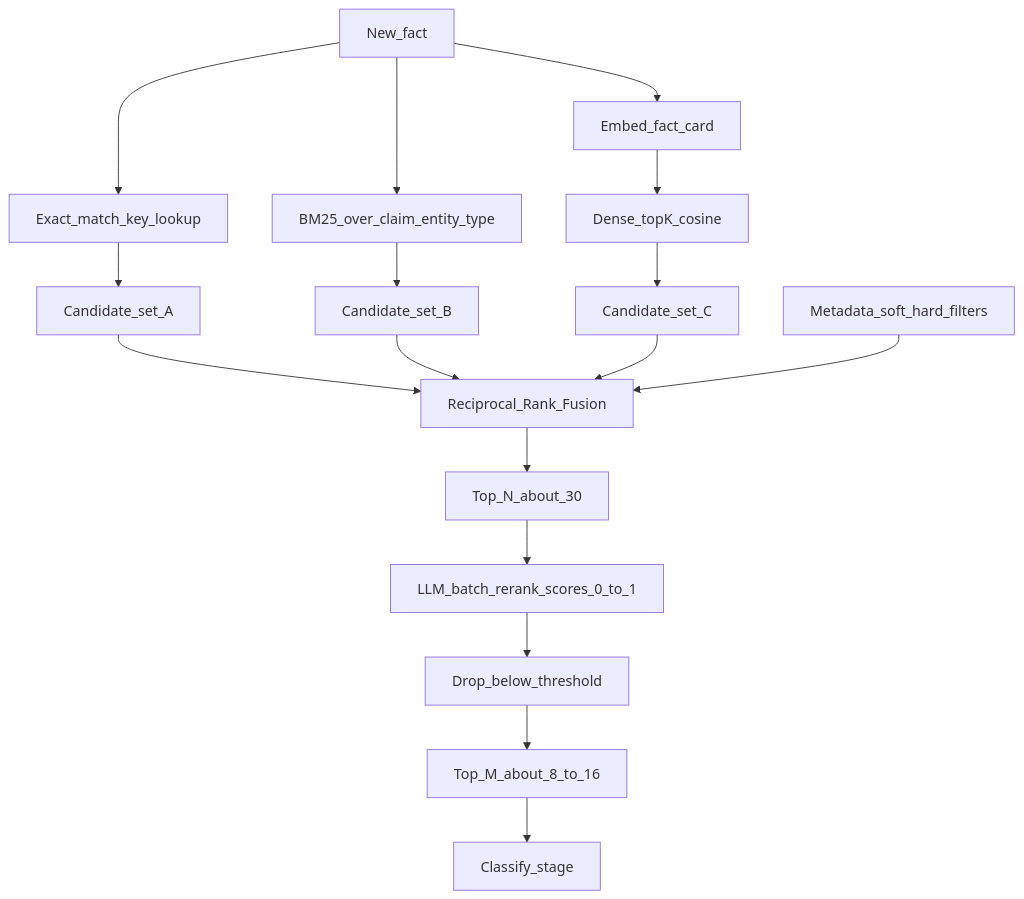
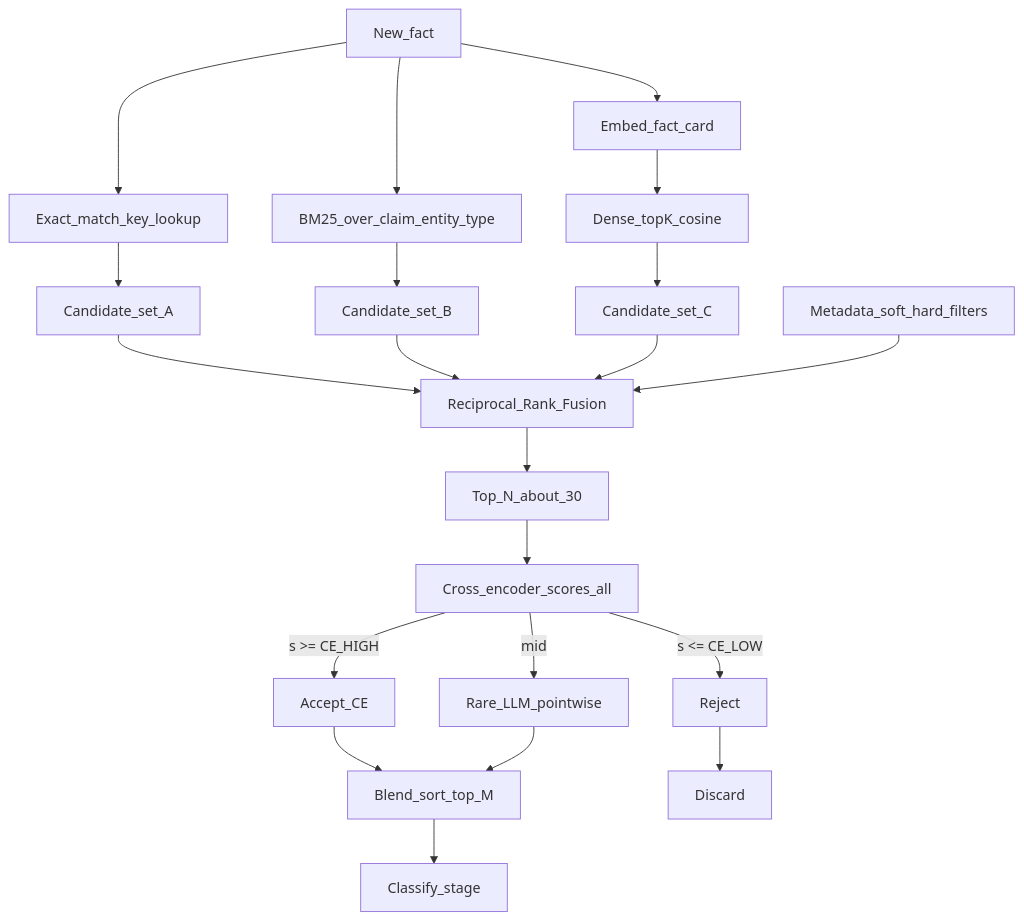
One commit to PrasannaPal21/superjoin-assignement changed the sixth of 10 diagrams in docs/RAG_ARCHITECTURE.md. Above: the diagram before and after it, drawn with Mermaid. The commit also changed other lines of this file and 14 other files, not shown here.

Commit message:
feat(rerank):Add cascade CE rerank with rare LLM mid-band before classify.

````diff
--- a/docs/RAG_ARCHITECTURE.md
+++ b/docs/RAG_ARCHITECTURE.md
@@ -248,22 +248,26 @@
 ```mermaid
 flowchart TD
   NF[New_fact] --> CardQ[Embed_fact_card]
   NF --> MK[Exact_match_key_lookup]
   NF --> BM[BM25_over_claim_entity_type]
   CardQ --> ANN[Dense_topK_cosine]
 
   MK --> C1[Candidate_set_A]
   BM --> C2[Candidate_set_B]
   ANN --> C3[Candidate_set_C]
 
   C1 --> RRF[Reciprocal_Rank_Fusion]
   C2 --> RRF
   C3 --> RRF
   Meta[Metadata_soft_hard_filters] --> RRF
 
   RRF --> TopN[Top_N_about_30]
-  TopN --> RR[LLM_batch_rerank_scores_0_to_1]
-  RR --> Cut[Drop_below_threshold]
-  Cut --> TopM[Top_M_about_8_to_16]
-  TopM --> Cls[Classify_stage]
+  TopN --> CE[Cross_encoder_scores_all]
+  CE -->|s >= CE_HIGH| Keep[Accept_CE]
+  CE -->|s <= CE_LOW| Drop[Reject]
+  CE -->|mid| LLM[Rare_LLM_pointwise]
+  Keep --> Merge[Blend_sort_top_M]
+  LLM --> Merge
+  Drop --> X[Discard]
+  Merge --> Cls[Classify_stage]
 ```
````
